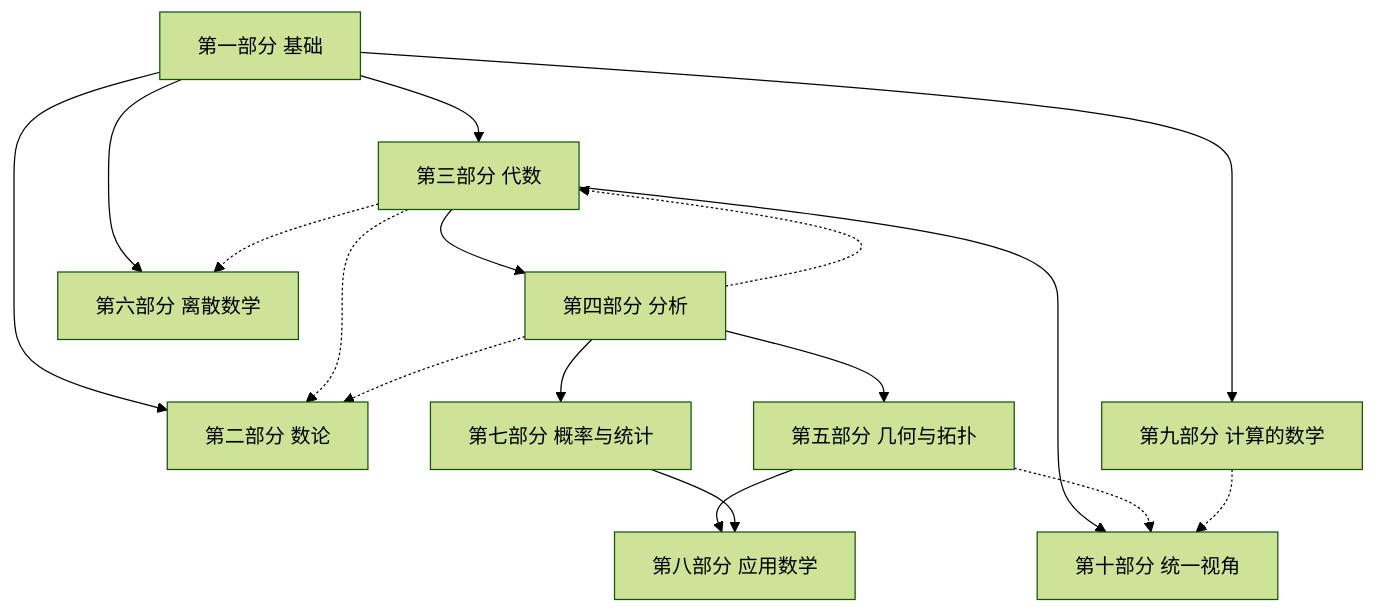
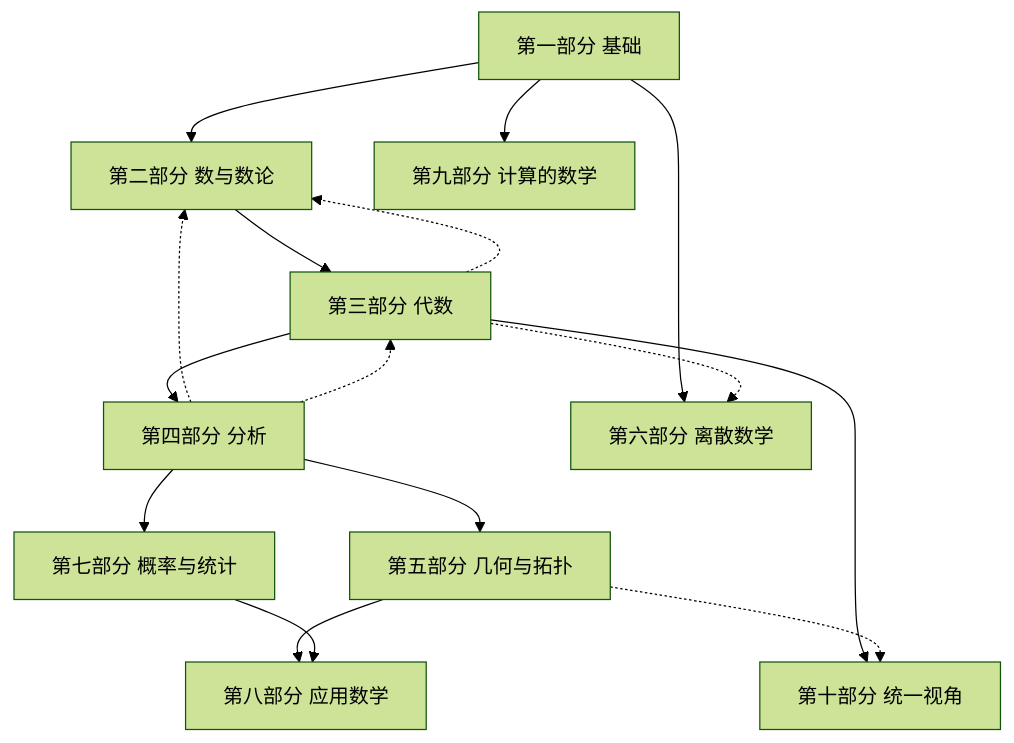
One commit to leoxwebb/my-math-book changed the first of 3 diagrams in src/content/docs/prologue.mdx. Above: the diagram before and after it, drawn with Mermaid (forest theme). The commit also changed other lines of this file and 6 other files, not shown here.

````diff
--- a/src/content/docs/prologue.mdx
+++ b/src/content/docs/prologue.mdx
@@ -169,29 +169,28 @@
 ```mermaid
 graph TD
     P1[第一部分 基础]
-    P2[第二部分 数论]
+    P2[第二部分 数与数论]
     P3[第三部分 代数]
     P4[第四部分 分析]
     P5[第五部分 几何与拓扑]
     P6[第六部分 离散数学]
     P7[第七部分 概率与统计]
     P8[第八部分 应用数学]
     P9[第九部分 计算的数学]
     P10[第十部分 统一视角]
     P1 --> P2
-    P1 --> P3
     P1 --> P6
     P1 --> P9
+    P2 --> P3
     P3 --> P4
     P3 --> P10
     P4 --> P5
     P4 --> P7
     P5 --> P8
     P7 --> P8
     P3 -.-> P2
     P4 -.-> P2
     P4 -.-> P3
     P3 -.-> P6
     P5 -.-> P10
-    P9 -.-> P10
 ```
````
